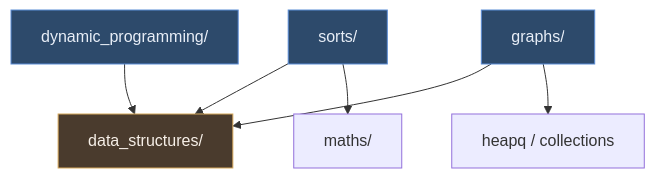
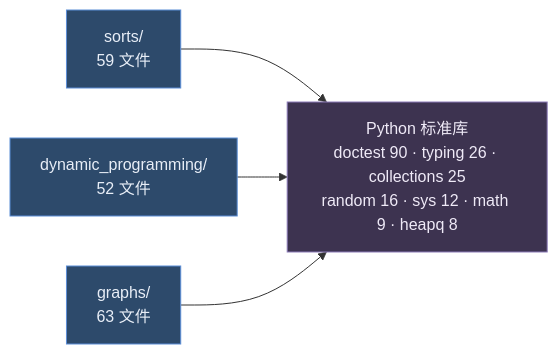
Before and after one commit to jiangnan0541/my-algorithms: the first of 2 diagrams in docs/architecture.md, drawn with Mermaid. The commit also changed other lines of this file and 4 other files, not shown here.

First line of the commit message:
docs: 完成「读」阶段 —— 官方依赖图实测 + 精读笔记 + 上游 PR 计划

````diff
--- a/docs/architecture.md
+++ b/docs/architecture.md
@@ -35,12 +61,11 @@
 ```mermaid
-graph TD
-    A[sorts/] --> DS[data_structures/]
-    B[dynamic_programming/] --> DS
-    C[graphs/] --> DS
-    A --> M[maths/]
-    C --> H[heapq / collections]
-    style A fill:#2d4a6b,stroke:#5b8dd6,color:#e8eef7
-    style B fill:#2d4a6b,stroke:#5b8dd6,color:#e8eef7
-    style C fill:#2d4a6b,stroke:#5b8dd6,color:#e8eef7
-    style DS fill:#4a3b2d,stroke:#d6a85b,color:#f7f0e8
+graph LR
+    S["sorts/<br/>59 文件"] --> LIB["Python 标准库<br/>doctest 90 · typing 26 · collections 25<br/>random 16 · sys 12 · math 9 · heapq 8"]
+    D["dynamic_programming/<br/>52 文件"] --> LIB
+    G["graphs/<br/>63 文件"] --> LIB
+
+    style S fill:#2d4a6b,stroke:#5b8dd6,color:#e8eef7
+    style D fill:#2d4a6b,stroke:#5b8dd6,color:#e8eef7
+    style G fill:#2d4a6b,stroke:#5b8dd6,color:#e8eef7
+    style LIB fill:#3d3350,stroke:#8b7bb8,color:#efeaf7
 ```
````
